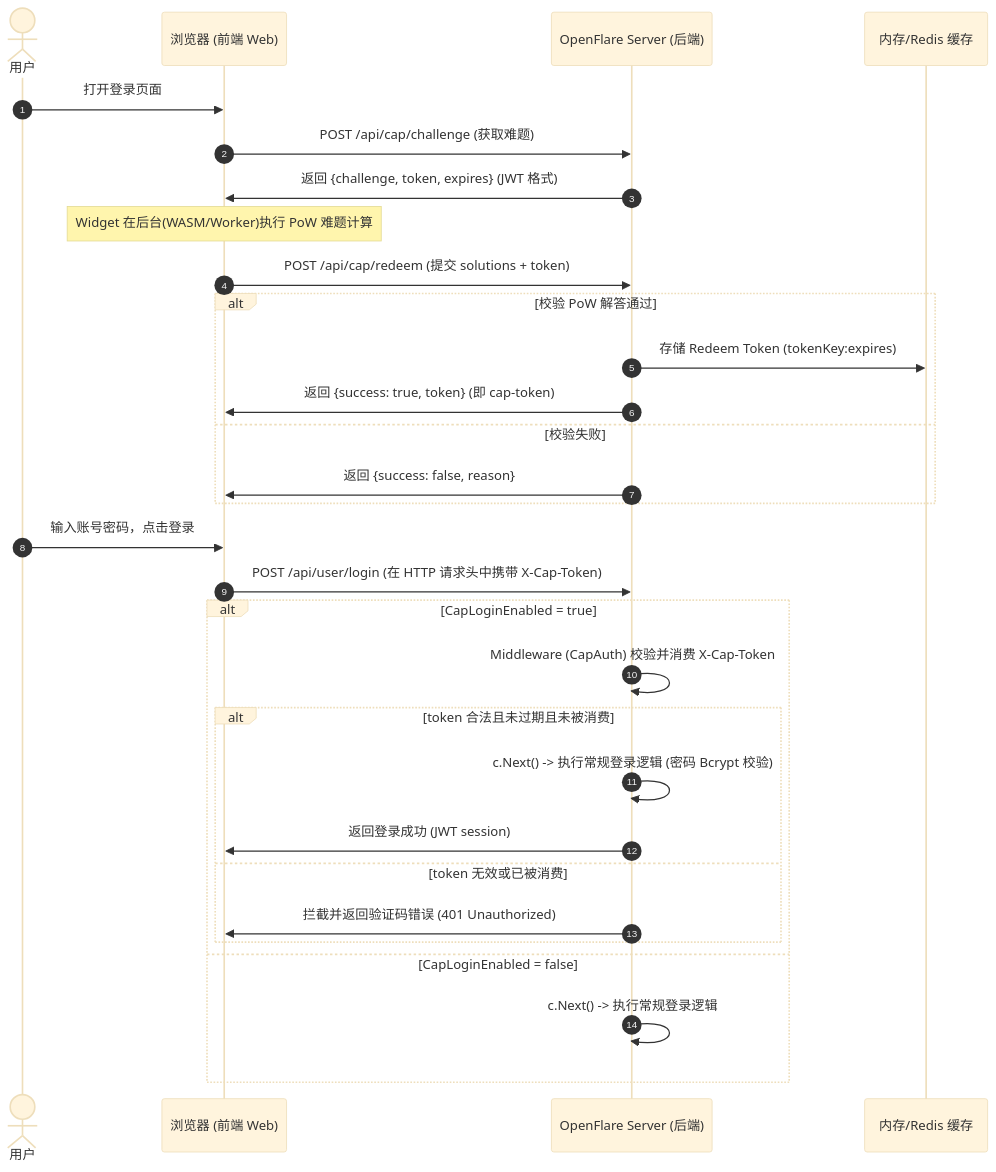
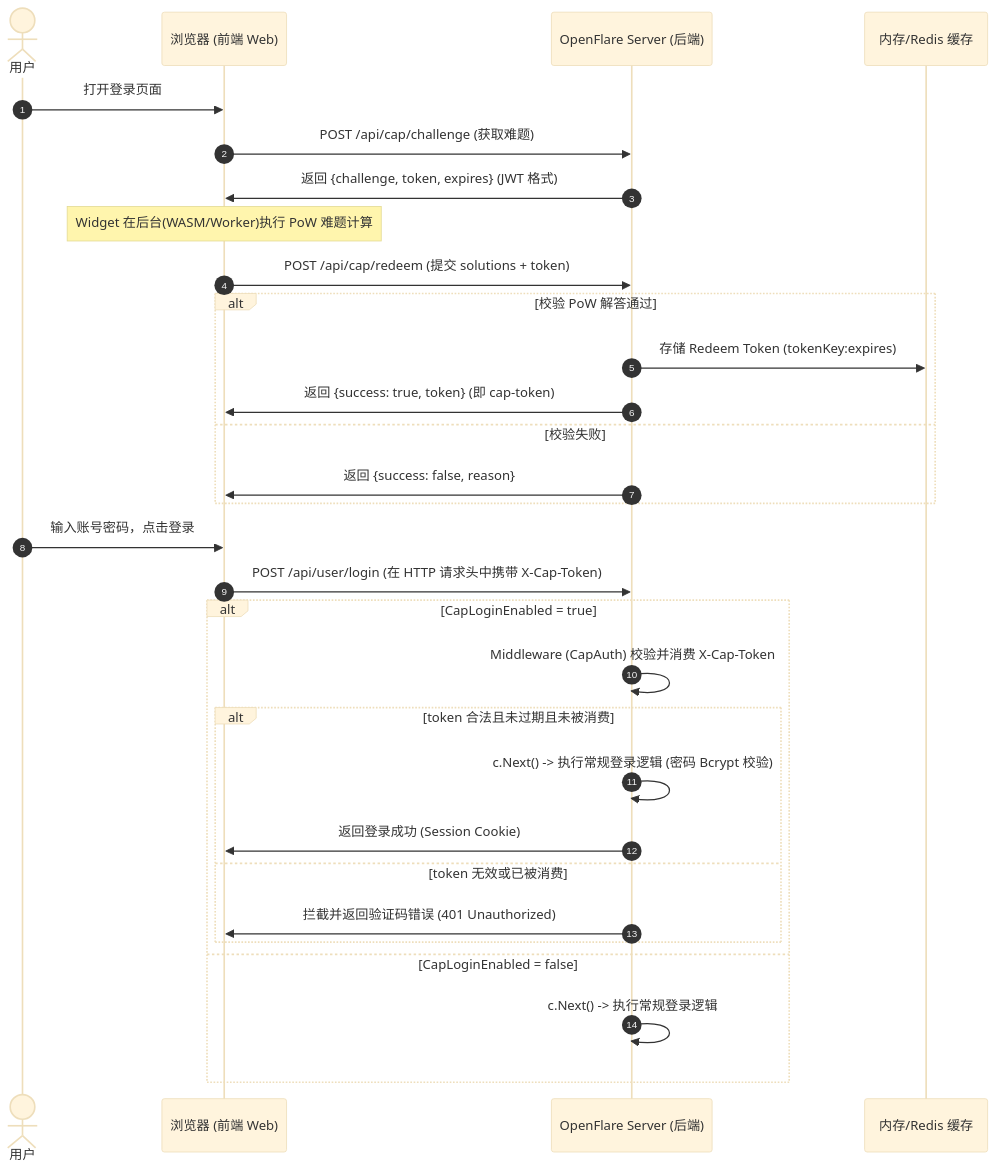
One commit to lwhx/OpenFlare changed the diagram in docs/design/login-captcha.md. Above: the diagram before and after it, drawn with Mermaid (base theme). The commit also changed 23 other files, not shown here.

````diff
--- a/docs/design/login-captcha.md
+++ b/docs/design/login-captcha.md
@@ -34,33 +34,33 @@
 ```mermaid
 sequenceDiagram
     autonumber
     actor User as 用户
     participant Browser as 浏览器 (前端 Web)
     participant Server as OpenFlare Server (后端)
     participant Cache as 内存/Redis 缓存
 
     User->>Browser: 打开登录页面
     Browser->>Server: POST /api/cap/challenge (获取难题)
     Server->>Browser: 返回 {challenge, token, expires} (JWT 格式)
     Note over Browser: Widget 在后台(WASM/Worker)执行 PoW 难题计算
     Browser->>Server: POST /api/cap/redeem (提交 solutions + token)
     alt 校验 PoW 解答通过
         Server->>Cache: 存储 Redeem Token (tokenKey:expires)
         Server->>Browser: 返回 {success: true, token} (即 cap-token)
     else 校验失败
         Server->>Browser: 返回 {success: false, reason}
     end
     User->>Browser: 输入账号密码，点击登录
     Browser->>Server: POST /api/user/login (在 HTTP 请求头中携带 X-Cap-Token)
     alt CapLoginEnabled = true
         Server->>Server: Middleware (CapAuth) 校验并消费 X-Cap-Token
         alt token 合法且未过期且未被消费
             Server->>Server: c.Next() -> 执行常规登录逻辑 (密码 Bcrypt 校验)
-            Server->>Browser: 返回登录成功 (JWT session)
+            Server->>Browser: 返回登录成功 (Session Cookie)
         else token 无效或已被消费
             Server->>Browser: 拦截并返回验证码错误 (401 Unauthorized)
         end
     else CapLoginEnabled = false
         Server->>Server: c.Next() -> 执行常规登录逻辑
     end
 ```
````
